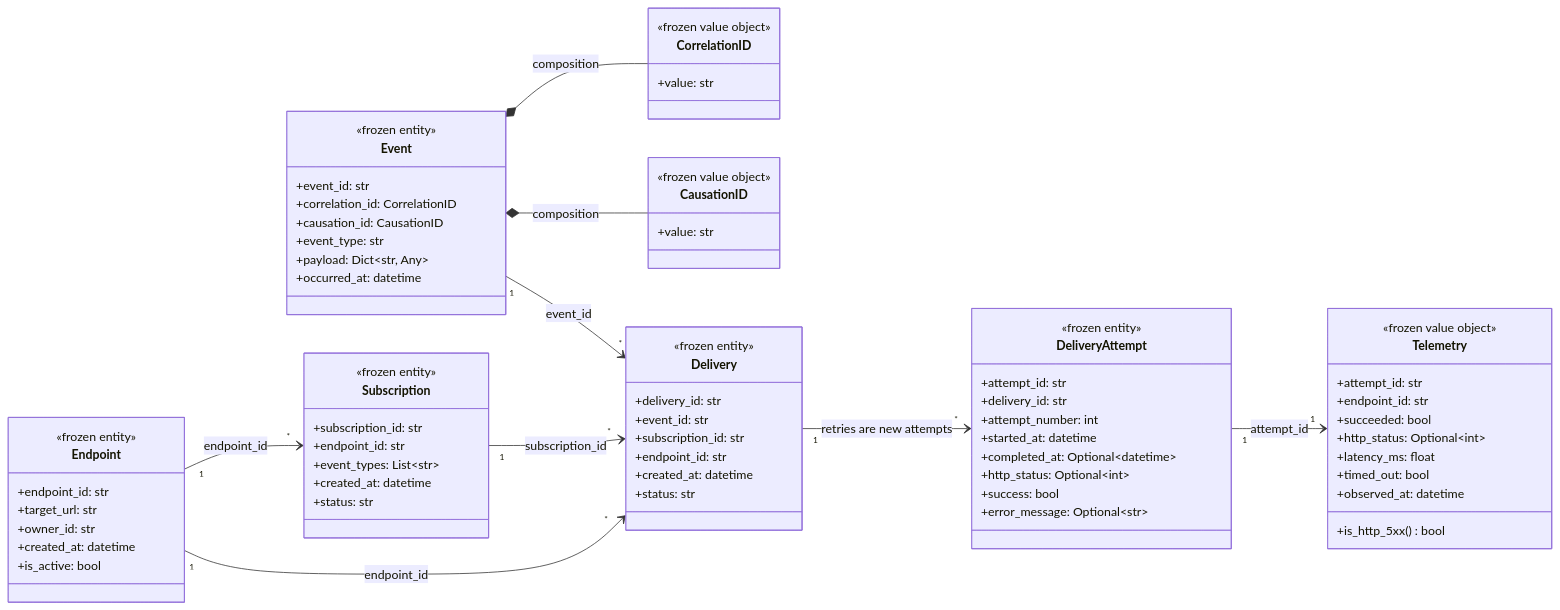
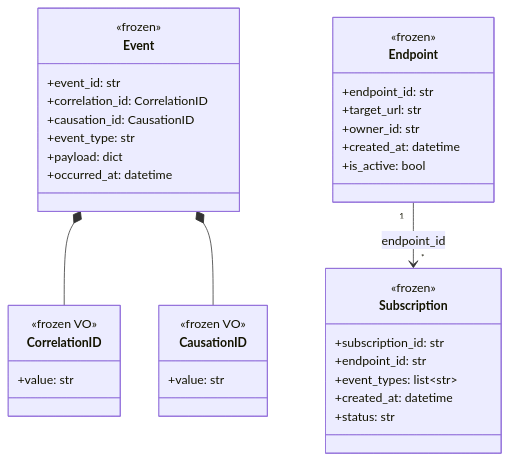
Before and after one commit to RelayForged/relayforge: the first of 4 diagrams in docs/Diagrams/data-plane-class-diagram.md, drawn with Mermaid. The commit also changed other lines of this file and 3 other files, not shown here.

First line of the commit message:
docs: redesign Weeks 1-4 Data Plane UML diagrams

````diff
--- a/docs/Diagrams/data-plane-class-diagram.md
+++ b/docs/Diagrams/data-plane-class-diagram.md
@@ -13,29 +11,29 @@
 ```mermaid
 classDiagram
-    direction LR
+    direction TB
+
+    class Event {
+        <<frozen>>
+        +event_id: str
+        +correlation_id: CorrelationID
+        +causation_id: CausationID
+        +event_type: str
+        +payload: dict
+        +occurred_at: datetime
+    }
 
     class CorrelationID {
-        <<frozen value object>>
+        <<frozen VO>>
         +value: str
     }
 
     class CausationID {
-        <<frozen value object>>
+        <<frozen VO>>
         +value: str
     }
 
-    class Event {
-        <<frozen entity>>
-        +event_id: str
-        +correlation_id: CorrelationID
-        +causation_id: CausationID
-        +event_type: str
-        +payload: Dict~str, Any~
-        +occurred_at: datetime
-    }
-
     class Endpoint {
-        <<frozen entity>>
+        <<frozen>>
         +endpoint_id: str
         +target_url: str
         +owner_id: str
@@ -44,54 +42,15 @@
     }
 
     class Subscription {
-        <<frozen entity>>
+        <<frozen>>
         +subscription_id: str
         +endpoint_id: str
-        +event_types: List~str~
+        +event_types: list~str~
         +created_at: datetime
         +status: str
     }
 
-    class Delivery {
-        <<frozen entity>>
-        +delivery_id: str
-        +event_id: str
-        +subscription_id: str
-        +endpoint_id: str
-        +created_at: datetime
-        +status: str
-    }
-
-    class DeliveryAttempt {
-        <<frozen entity>>
-        +attempt_id: str
-        +delivery_id: str
-        +attempt_number: int
-        +started_at: datetime
-        +completed_at: Optional~datetime~
-        +http_status: Optional~int~
-        +success: bool
-        +error_message: Optional~str~
-    }
-
-    class Telemetry {
-        <<frozen value object>>
-        +attempt_id: str
-        +endpoint_id: str
-        +succeeded: bool
-        +http_status: Optional~int~
-        +latency_ms: float
-        +timed_out: bool
-        +observed_at: datetime
-        +is_http_5xx() bool
-    }
-
-    Event *-- CorrelationID : composition
-    Event *-- CausationID : composition
+    Event *-- CorrelationID
+    Event *-- CausationID
     Endpoint "1" --> "*" Subscription : endpoint_id
-    Event "1" --> "*" Delivery : event_id
-    Subscription "1" --> "*" Delivery : subscription_id
-    Endpoint "1" --> "*" Delivery : endpoint_id
-    Delivery "1" --> "*" DeliveryAttempt : retries are new attempts
-    DeliveryAttempt "1" --> "1" Telemetry : attempt_id
 ```
````
